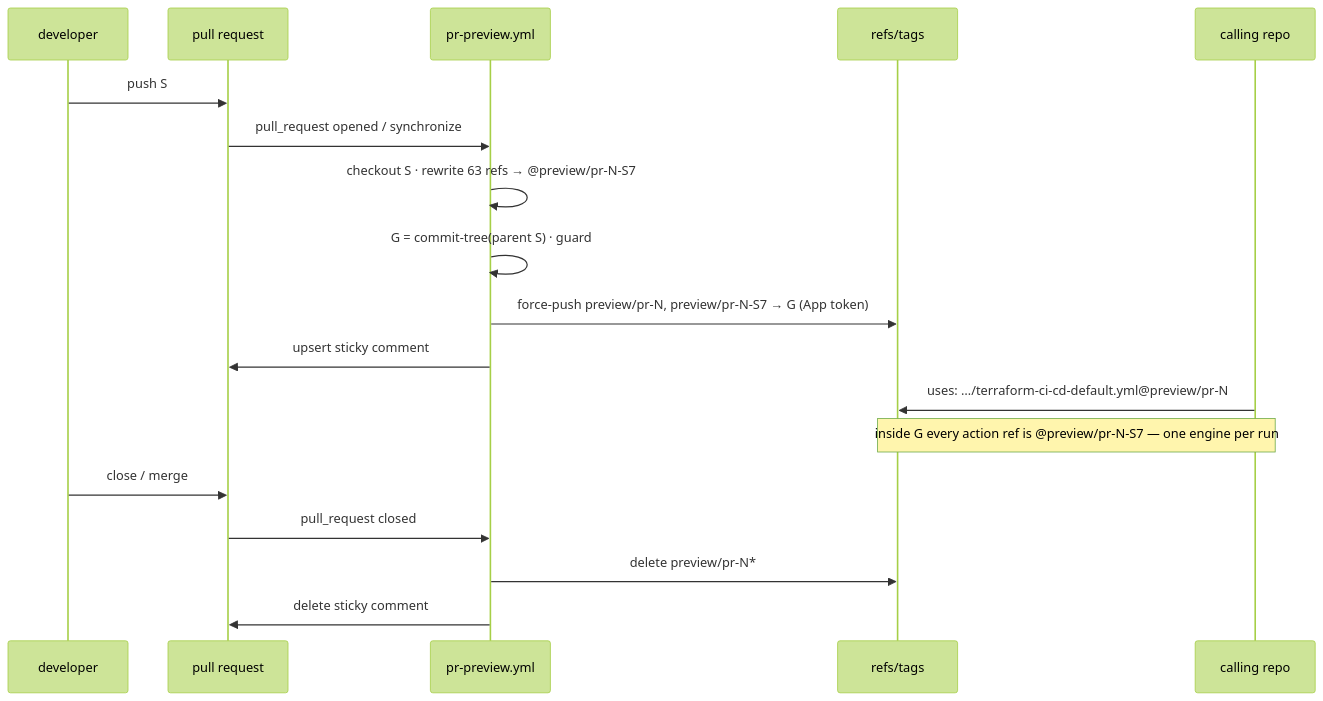
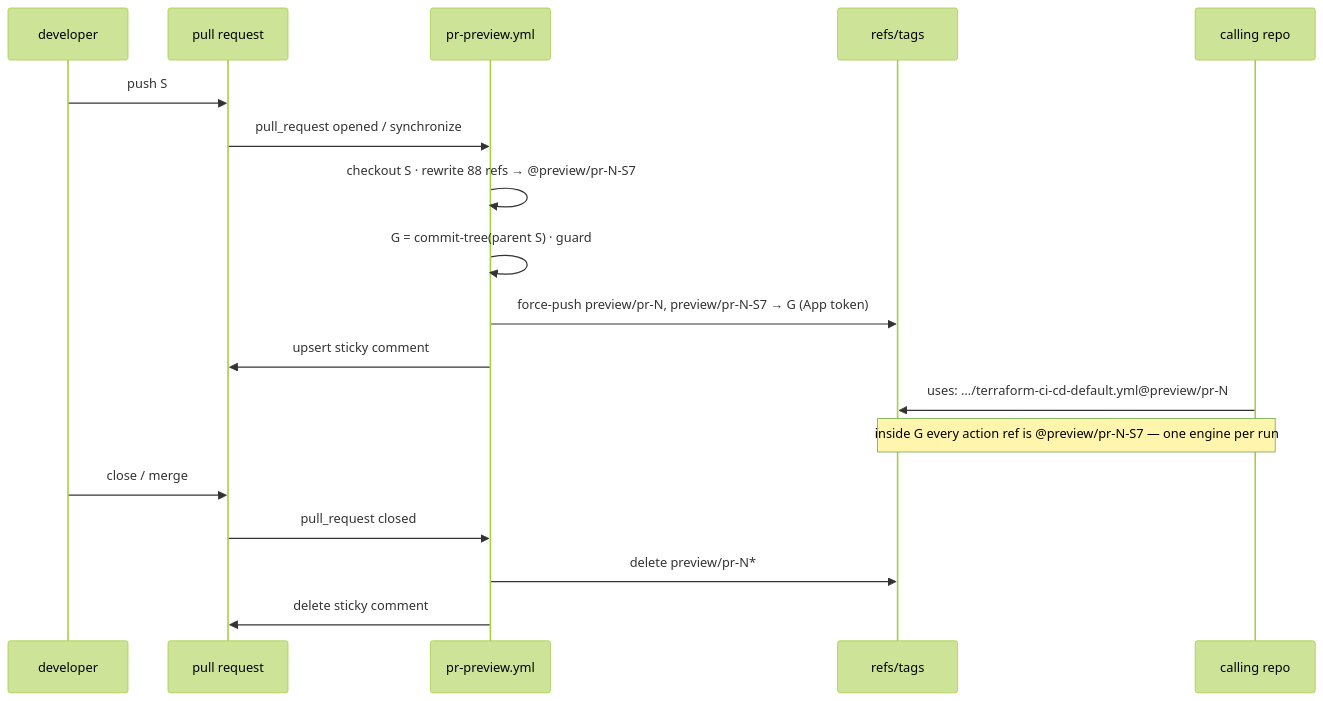
Before and after one commit to dsb-norge/github-actions-terraform: the diagram in docs/Preview-refs.md, drawn with Mermaid (forest theme). The commit also changed other lines of this file, not shown here.

````diff
--- a/docs/Preview-refs.md
+++ b/docs/Preview-refs.md
@@ -73,20 +74,20 @@
 ```mermaid
 sequenceDiagram
   participant Dev as developer
   participant PR as pull request
   participant WF as pr-preview.yml
   participant Tags as refs/tags
   participant Caller as calling repo
   Dev->>PR: push S
   PR->>WF: pull_request opened / synchronize
-  WF->>WF: checkout S · rewrite 63 refs → @preview/pr-N-S7
+  WF->>WF: checkout S · rewrite 88 refs → @preview/pr-N-S7
   WF->>WF: G = commit-tree(parent S) · guard
   WF->>Tags: force-push preview/pr-N, preview/pr-N-S7 → G  (App token)
   WF->>PR: upsert sticky comment
   Caller->>Tags: uses: …/terraform-ci-cd-default.yml@preview/pr-N
   Note over Caller,Tags: inside G every action ref is @preview/pr-N-S7 — one engine per run
   Dev->>PR: close / merge
   PR->>WF: pull_request closed
   WF->>Tags: delete preview/pr-N*
   WF->>PR: delete sticky comment
 ```
````
